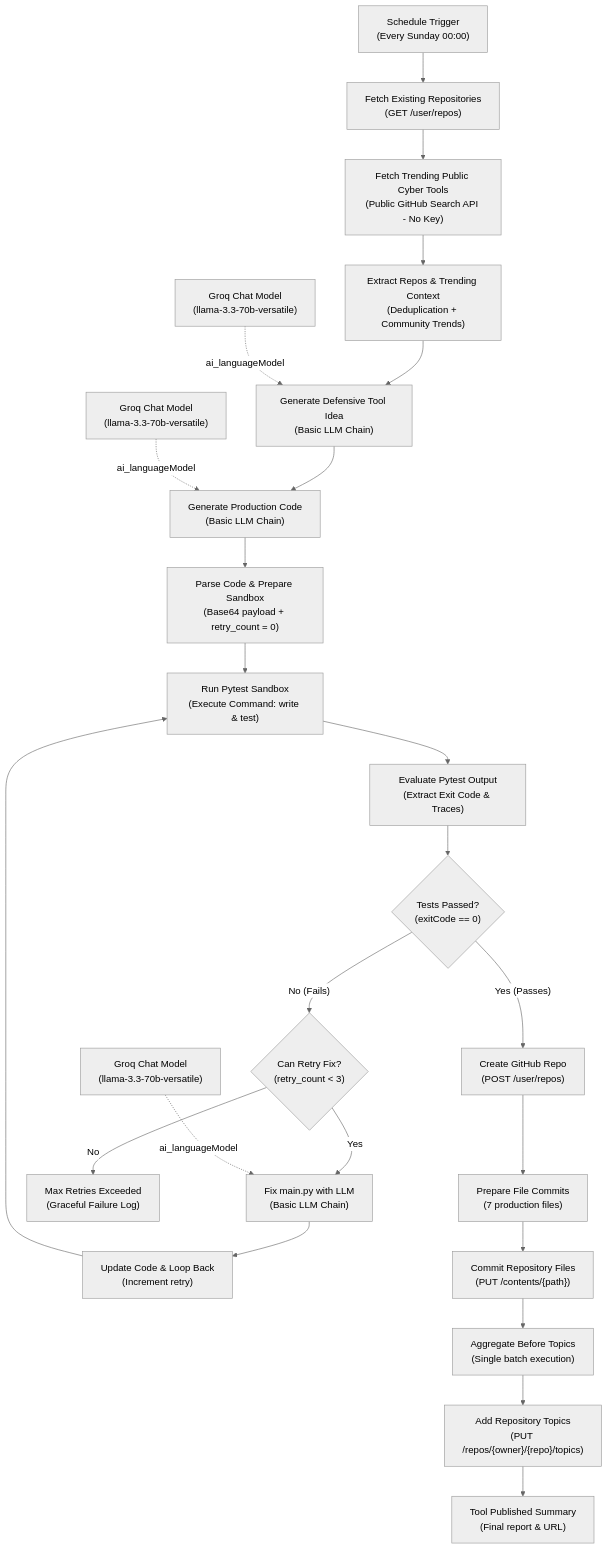
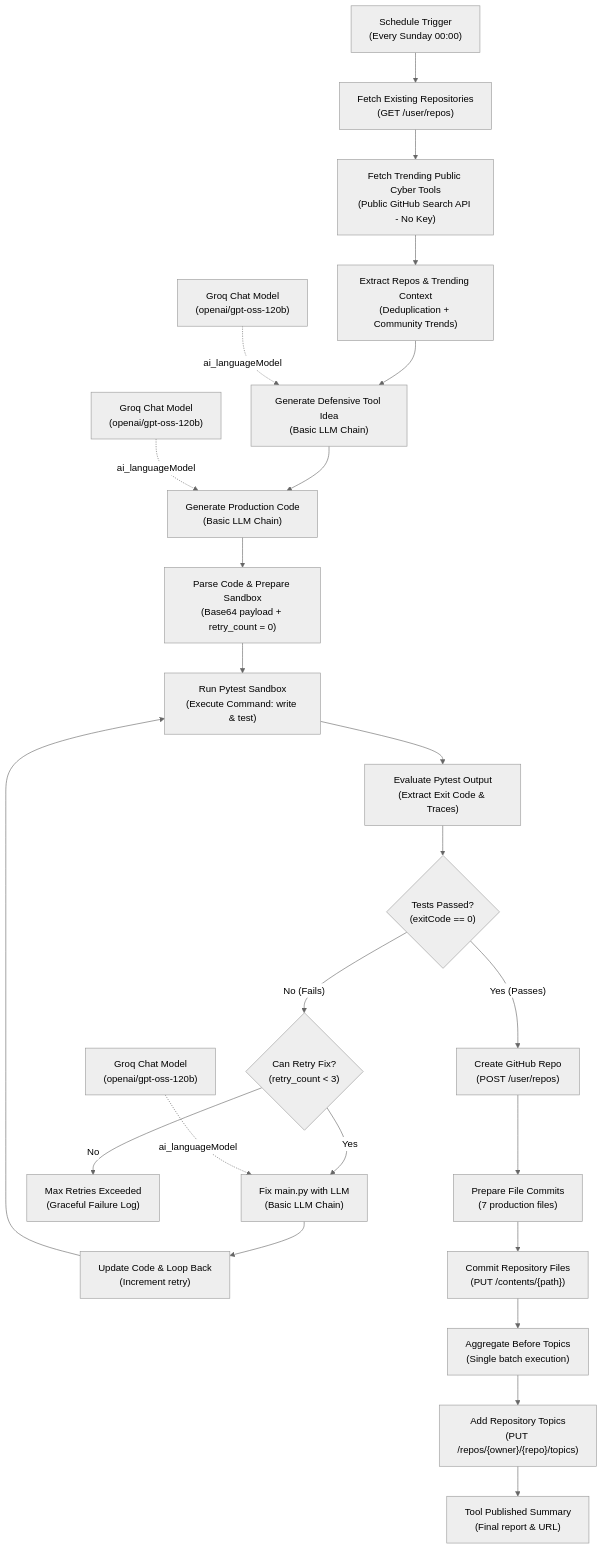
The diagram in README.md (4li466as/Autonomous-Tested-Cyber-Tool-Builder-And-GitHub-Publisher), drawn with Mermaid (neutral theme) before and after one commit. The commit also changed other lines of this file and 1 other file, not shown here.

Commit message:
fix: update Groq model to openai/gpt-oss-120b

````diff
--- a/README.md
+++ b/README.md
@@ -28,31 +28,31 @@
 ```mermaid
 graph TD
     A["Schedule Trigger<br/>(Every Sunday 00:00)"] --> B["Fetch Existing Repositories<br/>(GET /user/repos)"]
     B --> C["Fetch Trending Public Cyber Tools<br/>(Public GitHub Search API - No Key)"]
     C --> D["Extract Repos & Trending Context<br/>(Deduplication + Community Trends)"]
     
     D --> E["Generate Defensive Tool Idea<br/>(Basic LLM Chain)"]
-    E1["Groq Chat Model<br/>(llama-3.3-70b-versatile)"] -.->|ai_languageModel| E
+    E1["Groq Chat Model<br/>(openai/gpt-oss-120b)"] -.->|ai_languageModel| E
     
     E --> F["Generate Production Code<br/>(Basic LLM Chain)"]
-    F1["Groq Chat Model<br/>(llama-3.3-70b-versatile)"] -.->|ai_languageModel| F
+    F1["Groq Chat Model<br/>(openai/gpt-oss-120b)"] -.->|ai_languageModel| F
 
     F --> G["Parse Code & Prepare Sandbox<br/>(Base64 payload + retry_count = 0)"]
     G --> H["Run Pytest Sandbox<br/>(Execute Command: write & test)"]
     H --> I["Evaluate Pytest Output<br/>(Extract Exit Code & Traces)"]
     I --> J{"Tests Passed?<br/>(exitCode == 0)"}
 
     J -- "No (Fails)" --> K{"Can Retry Fix?<br/>(retry_count < 3)"}
     K -- "Yes" --> L["Fix main.py with LLM<br/>(Basic LLM Chain)"]
-    L1["Groq Chat Model<br/>(llama-3.3-70b-versatile)"] -.->|ai_languageModel| L
+    L1["Groq Chat Model<br/>(openai/gpt-oss-120b)"] -.->|ai_languageModel| L
     L --> M["Update Code & Loop Back<br/>(Increment retry)"]
     M --> H
     K -- "No" --> N["Max Retries Exceeded<br/>(Graceful Failure Log)"]
 
     J -- "Yes (Passes)" --> O["Create GitHub Repo<br/>(POST /user/repos)"]
     O --> P["Prepare File Commits<br/>(7 production files)"]
     P --> Q["Commit Repository Files<br/>(PUT /contents/{path})"]
     Q --> R["Aggregate Before Topics<br/>(Single batch execution)"]
     R --> S["Add Repository Topics<br/>(PUT /repos/{owner}/{repo}/topics)"]
     S --> T["Tool Published Summary<br/>(Final report & URL)"]
 ```
````
